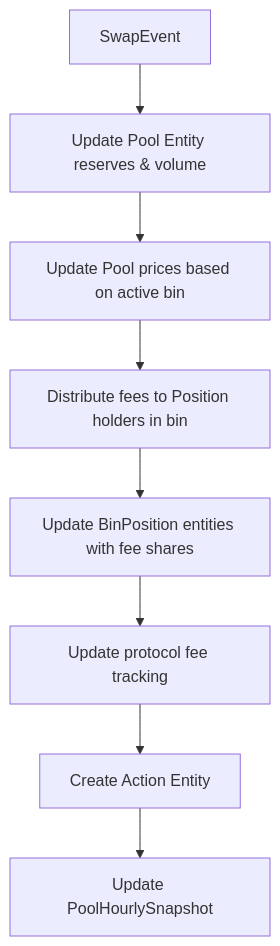
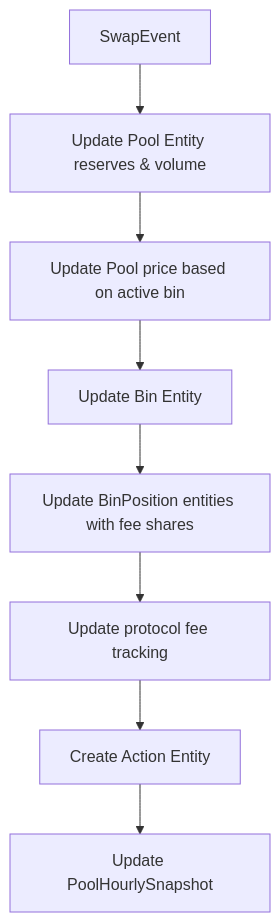
One commit to mira-amm/mira-amm-web changed the second of 4 diagrams in docs/v2-event-flowcharts.md. Above: the diagram before and after it, drawn with Mermaid. The commit also changed other lines of this file and 1 other file, not shown here.

````diff
--- a/docs/v2-event-flowcharts.md
+++ b/docs/v2-event-flowcharts.md
@@ -115,10 +74,10 @@
 ```mermaid
 graph TD
     A[SwapEvent] --> B[Update Pool Entity reserves & volume]
-    B --> C[Update Pool prices based on active bin]
-    C --> D[Distribute fees to Position holders in bin]
+    B --> C[Update Pool price based on active bin]
+    C --> D[Update Bin Entity]
     D --> E[Update BinPosition entities with fee shares]
     E --> F[Update protocol fee tracking]
     F --> G[Create Action Entity]
     G --> H[Update PoolHourlySnapshot]
 ```
````
